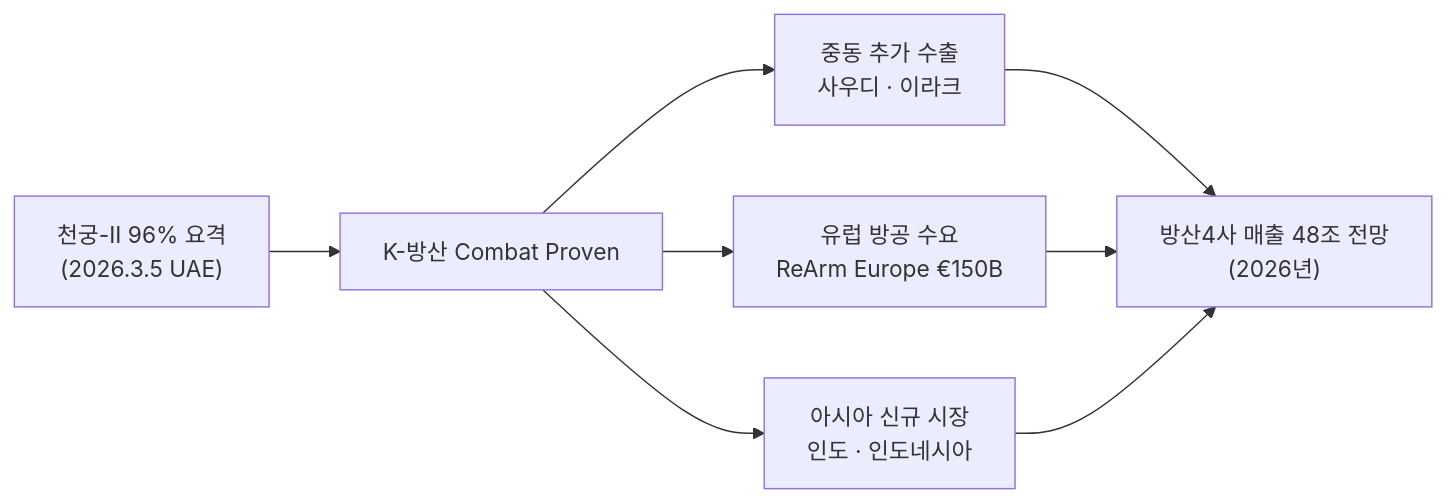
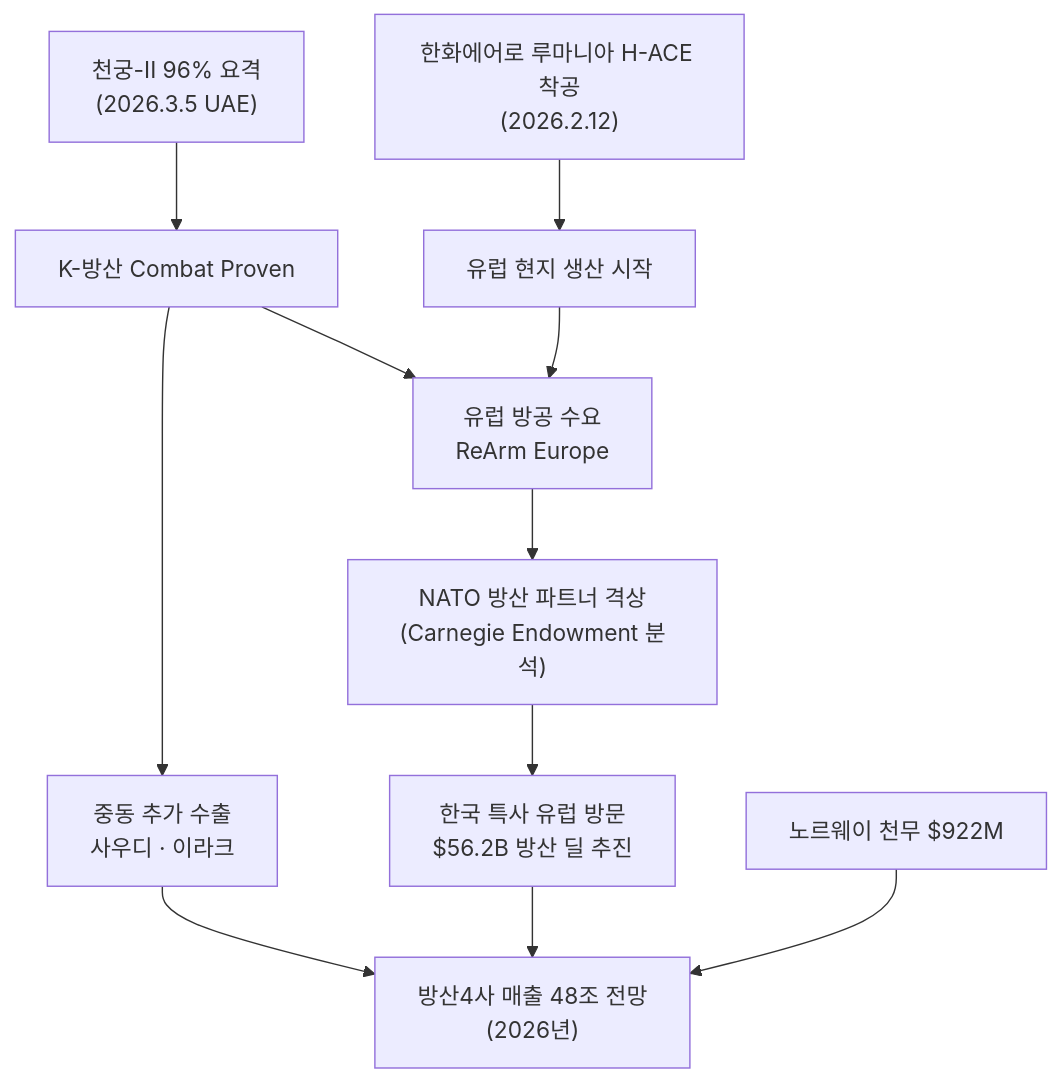
One commit to dss99911/dss99911.github.io changed the third of 8 diagrams in _posts/knowledge/invest/2026-03-07-defense-space-sector-outlook-2026.md. Above: the diagram before and after it, drawn with Mermaid. The commit also changed other lines of this file and 4 other files, not shown here.

````diff
--- a/_posts/knowledge/invest/2026-03-07-defense-space-sector-outlook-2026.md
+++ b/_posts/knowledge/invest/2026-03-07-defense-space-sector-outlook-2026.md
@@ -131,10 +144,16 @@
 ```mermaid
-graph LR
+graph TD
     A["천궁-II 96% 요격<br/>(2026.3.5 UAE)"] --> B["K-방산 Combat Proven"]
+    G["한화에어로 루마니아 H-ACE 착공<br/>(2026.2.12)"] --> H["유럽 현지 생산 시작"]
+
     B --> C["중동 추가 수출<br/>사우디 · 이라크"]
-    B --> D["유럽 방공 수요<br/>ReArm Europe &euro;150B"]
-    B --> E["아시아 신규 시장<br/>인도 · 인도네시아"]
+    B --> D["유럽 방공 수요<br/>ReArm Europe"]
+    H --> D
+
+    D --> I["NATO 방산 파트너 격상<br/>(Carnegie Endowment 분석)"]
+    I --> J["한국 특사 유럽 방문<br/>$56.2B 방산 딜 추진"]
+
     C --> F["방산4사 매출 48조 전망<br/>(2026년)"]
-    D --> F
-    E --> F
+    J --> F
+    E["노르웨이 천무 $922M"] --> F
 ```
````
